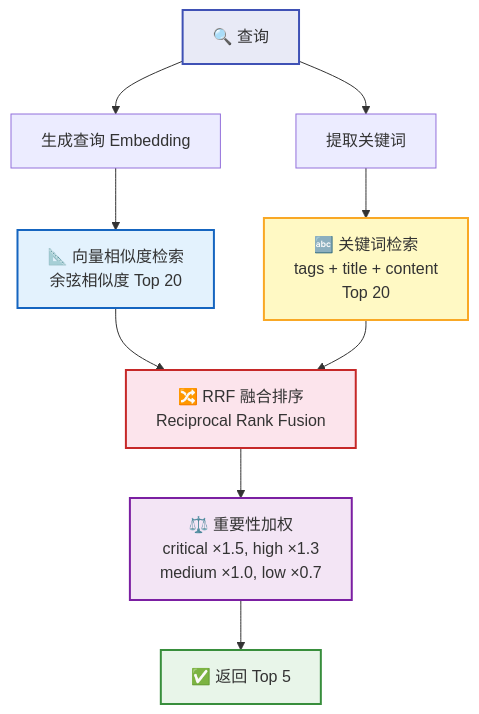
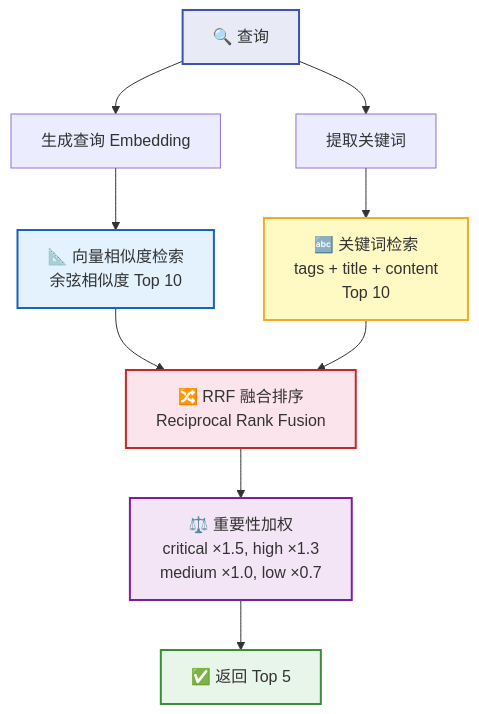
One commit to rtc-agent/docs changed the fourth of 7 diagrams in src/content/docs/features/memory.md. Above: the diagram before and after it, drawn with Mermaid. The commit also changed other lines of this file and 60 other files, not shown here.

First line of the commit message:
docs(site): refresh documentation with new sections and improved diagrams

````diff
--- a/src/content/docs/features/memory.md
+++ b/src/content/docs/features/memory.md
@@ -168,21 +168,21 @@
 ```mermaid
 flowchart TD
     Q["🔍 查询"] --> VE["生成查询 Embedding"]
     Q --> KW["提取关键词"]
 
-    VE --> VS["📐 向量相似度检索<br/>余弦相似度 Top 20"]
-    KW --> KS["🔤 关键词检索<br/>tags + title + content<br/>Top 20"]
+    VE --> VS["📐 向量相似度检索<br/>余弦相似度 Top 10"]
+    KW --> KS["🔤 关键词检索<br/>tags + title + content<br/>Top 10"]
 
     VS --> FUSION["🔀 RRF 融合排序<br/>Reciprocal Rank Fusion"]
     KS --> FUSION
 
     FUSION --> FILTER["⚖️ 重要性加权<br/>critical ×1.5, high ×1.3<br/>medium ×1.0, low ×0.7"]
     FILTER --> TOP["✅ 返回 Top 5"]
 
     style Q fill:#e8eaf6,stroke:#3f51b5,stroke-width:2px
     style VS fill:#e3f2fd,stroke:#1565c0,stroke-width:2px
     style KS fill:#fff9c4,stroke:#f9a825,stroke-width:2px
     style FUSION fill:#fce4ec,stroke:#c62828,stroke-width:2px
     style FILTER fill:#f3e5f5,stroke:#7b1fa2,stroke-width:2px
     style TOP fill:#e8f5e9,stroke:#388e3c,stroke-width:2px
 ```
````
